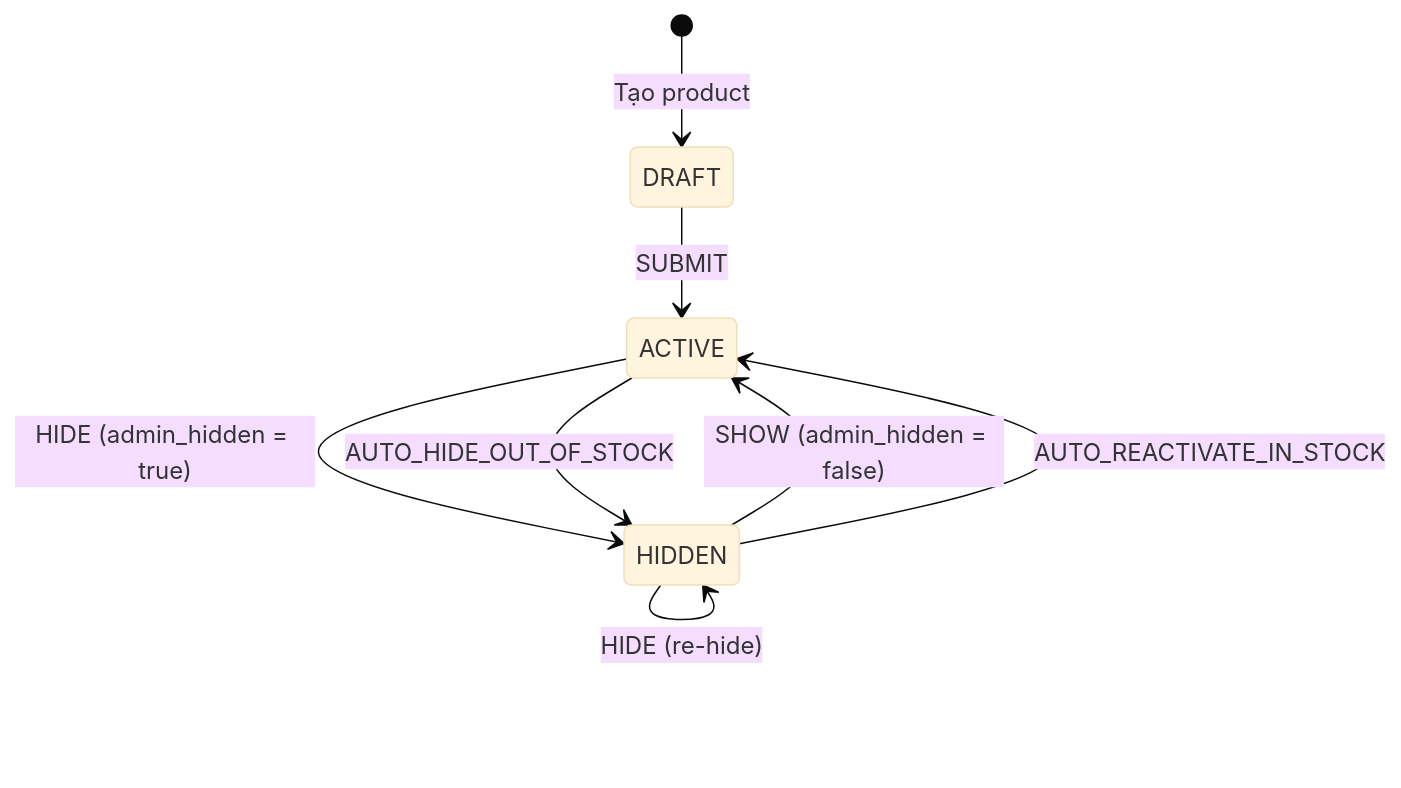
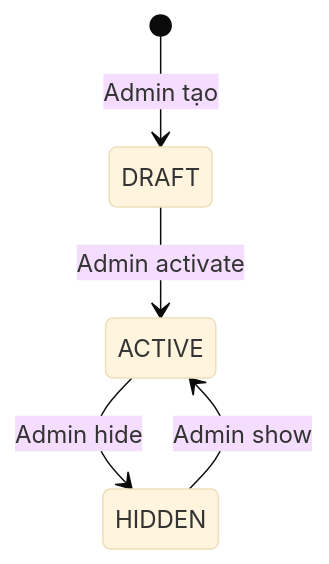
Before and after one commit to quangdung2110/e-commerce-microservices: the diagram in docs/product/domain.md, drawn with Mermaid (base theme). The commit also changed other lines of this file and 12 other files, not shown here.

````diff
--- a/docs/product/domain.md
+++ b/docs/product/domain.md
@@ -127,10 +65,7 @@
 ```mermaid
 stateDiagram-v2
-    [*] --> DRAFT : Tạo product
-    DRAFT --> ACTIVE : SUBMIT
-    ACTIVE --> HIDDEN : HIDE (admin_hidden = true)
-    ACTIVE --> HIDDEN : AUTO_HIDE_OUT_OF_STOCK
-    HIDDEN --> ACTIVE : SHOW (admin_hidden = false)
-    HIDDEN --> ACTIVE : AUTO_REACTIVATE_IN_STOCK
-    HIDDEN --> HIDDEN : HIDE (re-hide)
+    [*] --> DRAFT : Admin tạo
+    DRAFT --> ACTIVE : Admin activate
+    ACTIVE --> HIDDEN : Admin hide
+    HIDDEN --> ACTIVE : Admin show
 ```
````
